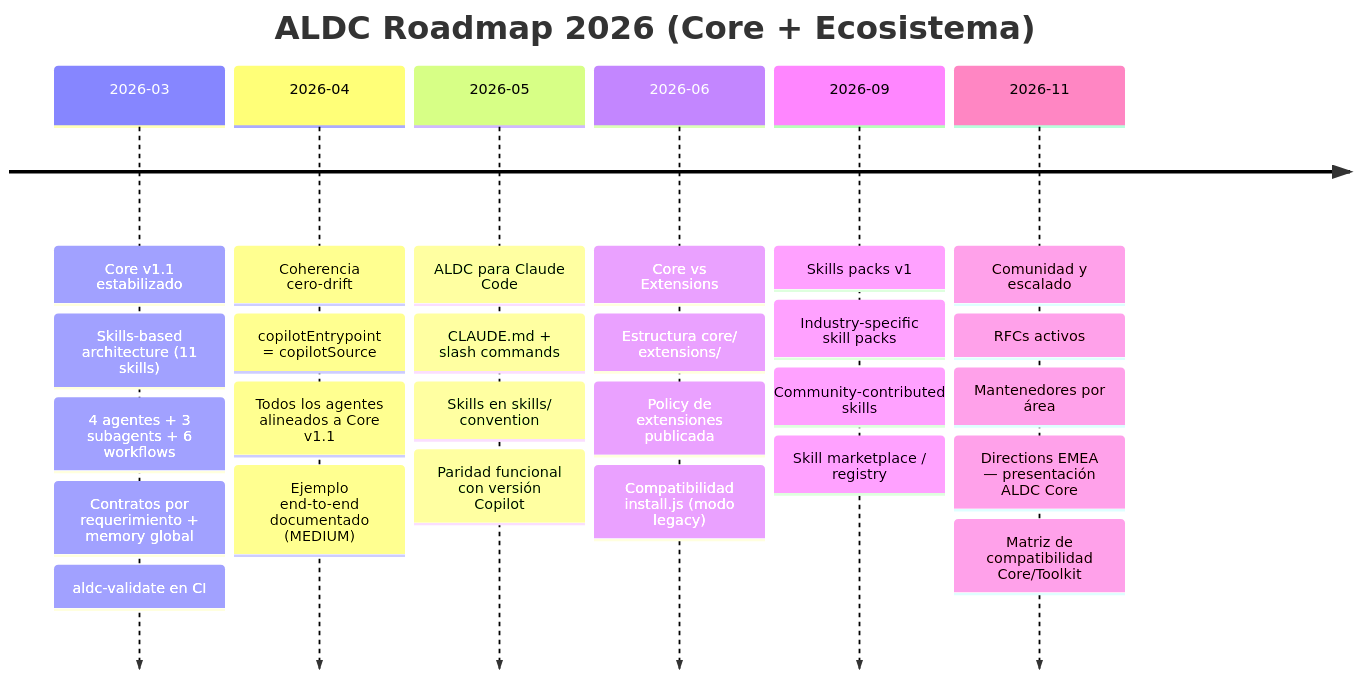
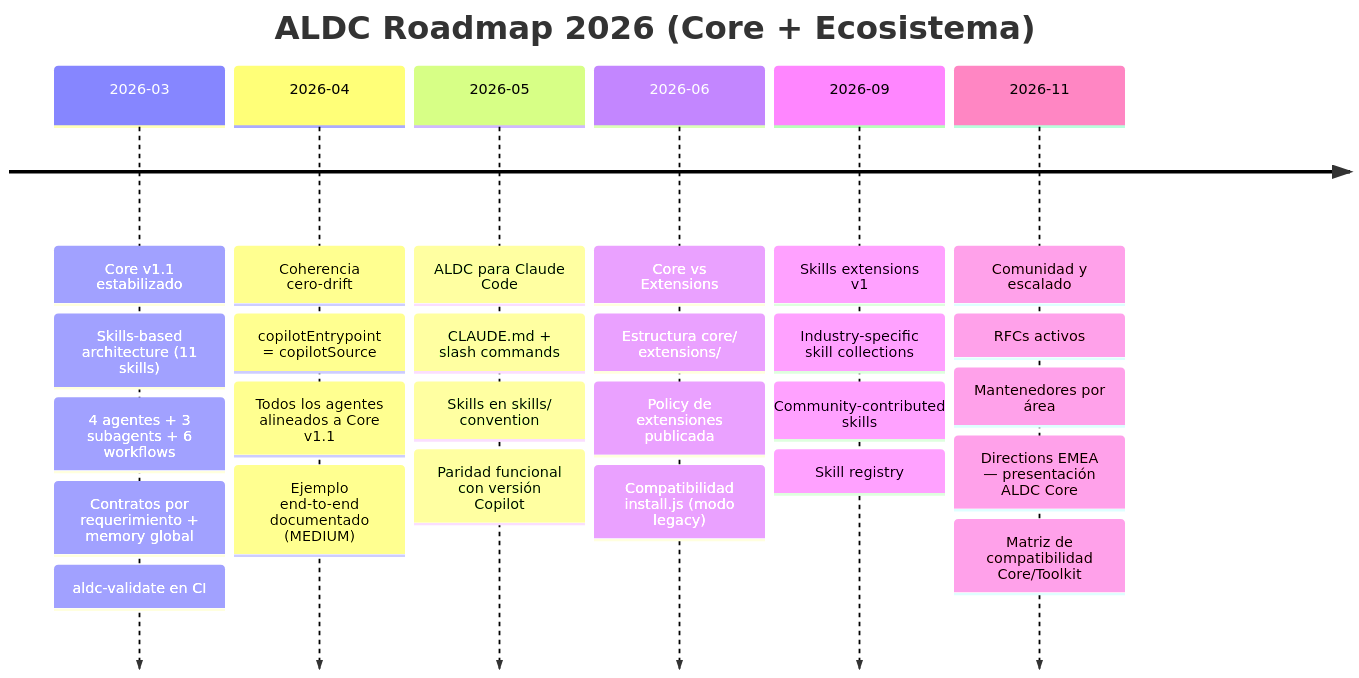
Before and after one commit to javiarmesto/ALDC-AL-Development-Collection: the diagram in docs/framework/ROADMAP-2026.md, drawn with Mermaid. The commit also changed 10 other files, not shown here.

````diff
--- a/docs/framework/ROADMAP-2026.md
+++ b/docs/framework/ROADMAP-2026.md
@@ -3,36 +3,36 @@
 ```mermaid
 timeline
   title ALDC Roadmap 2026 (Core + Ecosistema)
 
   2026-03 : Core v1.1 estabilizado
           : Skills-based architecture (11 skills)
           : 4 agentes + 3 subagents + 6 workflows
           : Contratos por requerimiento + memory global
           : aldc-validate en CI
 
   2026-04 : Coherencia cero-drift
           : copilotEntrypoint = copilotSource
           : Todos los agentes alineados a Core v1.1
           : Ejemplo end-to-end documentado (MEDIUM)
 
   2026-05 : ALDC para Claude Code
           : CLAUDE.md + slash commands
           : Skills en skills/ convention
           : Paridad funcional con versión Copilot
 
   2026-06 : Core vs Extensions
           : Estructura core/ extensions/
           : Policy de extensiones publicada
           : Compatibilidad install.js (modo legacy)
 
-  2026-09 : Skills packs v1
-          : Industry-specific skill packs
+  2026-09 : Skills extensions v1
+          : Industry-specific skill collections
           : Community-contributed skills
-          : Skill marketplace / registry
+          : Skill registry
 
   2026-11 : Comunidad y escalado
           : RFCs activos
           : Mantenedores por área
           : Directions EMEA — presentación ALDC Core
           : Matriz de compatibilidad Core/Toolkit
 ```
````
